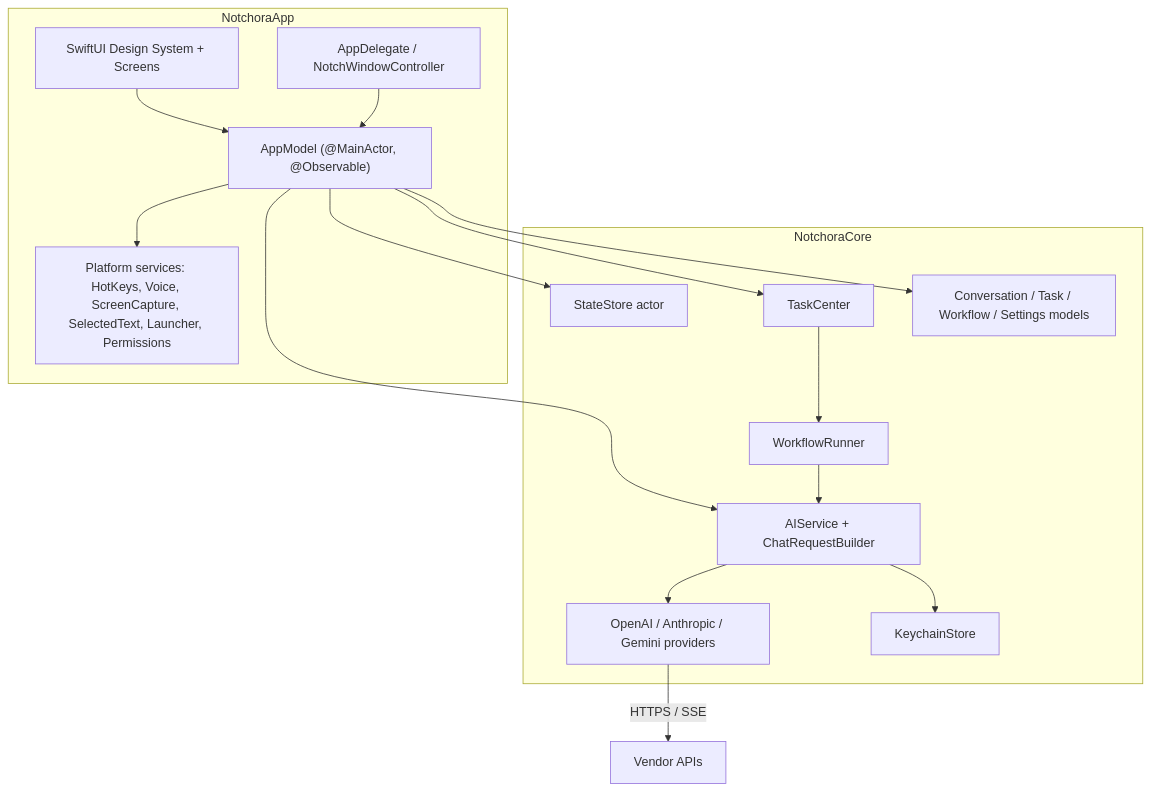
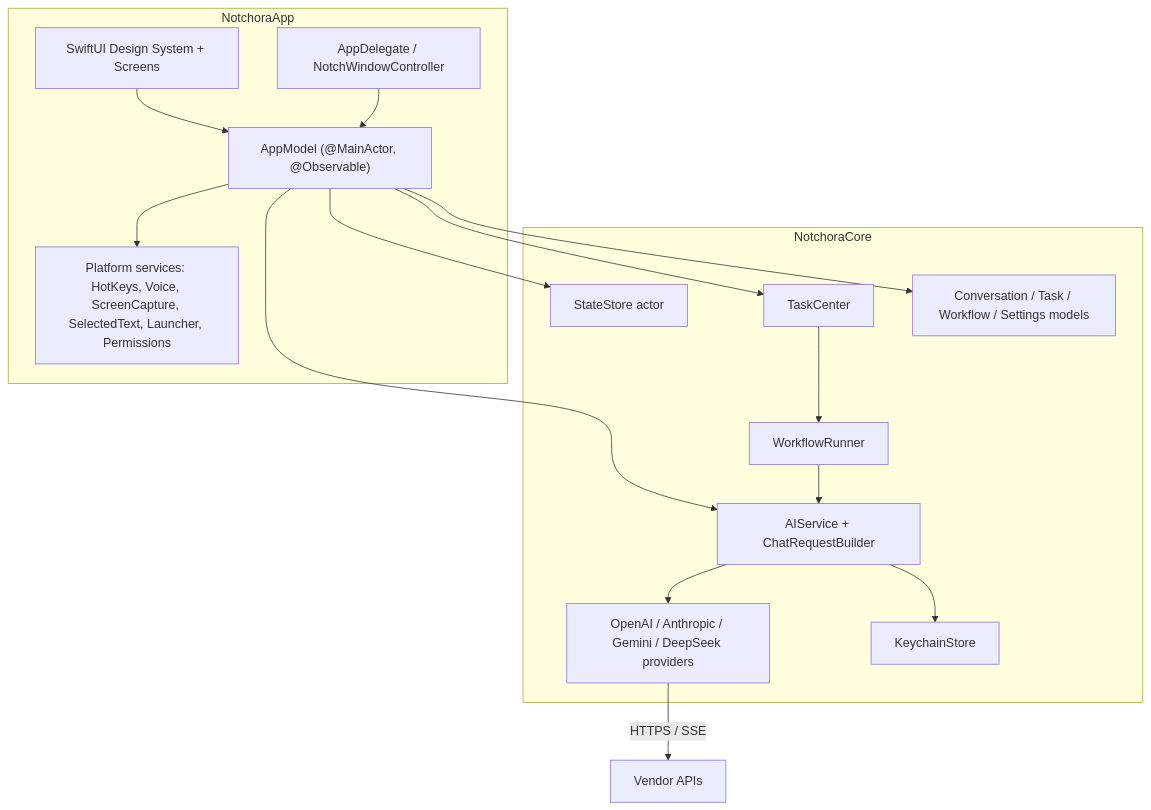
The first of 2 diagrams in ARCHITECTURE.md (AlexeySharunov0/NOTCHORA), drawn with Mermaid before and after one commit. The commit also changed other lines of this file and 36 other files, not shown here.

First line of the commit message:
Match the notch exactly and add DeepSeek

````diff
--- a/ARCHITECTURE.md
+++ b/ARCHITECTURE.md
@@ -15,32 +15,32 @@
 ```mermaid
 flowchart TB
     subgraph App["NotchoraApp"]
         Lifecycle["AppDelegate / NotchWindowController"]
         Model["AppModel (@MainActor, @Observable)"]
         UI["SwiftUI Design System + Screens"]
         Platform["Platform services: HotKeys, Voice, ScreenCapture, SelectedText, Launcher, Permissions"]
     end
 
     subgraph Core["NotchoraCore"]
-        Providers["OpenAI / Anthropic / Gemini providers"]
+        Providers["OpenAI / Anthropic / Gemini / DeepSeek providers"]
         AI["AIService + ChatRequestBuilder"]
         Store["StateStore actor"]
         Keys["KeychainStore"]
         Tasks["TaskCenter"]
         Workflows["WorkflowRunner"]
         Domain["Conversation / Task / Workflow / Settings models"]
     end
 
     UI --> Model
     Lifecycle --> Model
     Model --> Platform
     Model --> AI
     Model --> Store
     Model --> Tasks
     AI --> Providers
     Providers -->|HTTPS / SSE| Internet["Vendor APIs"]
     AI --> Keys
     Tasks --> Workflows
     Workflows --> AI
     Model --> Domain
 ```
````
